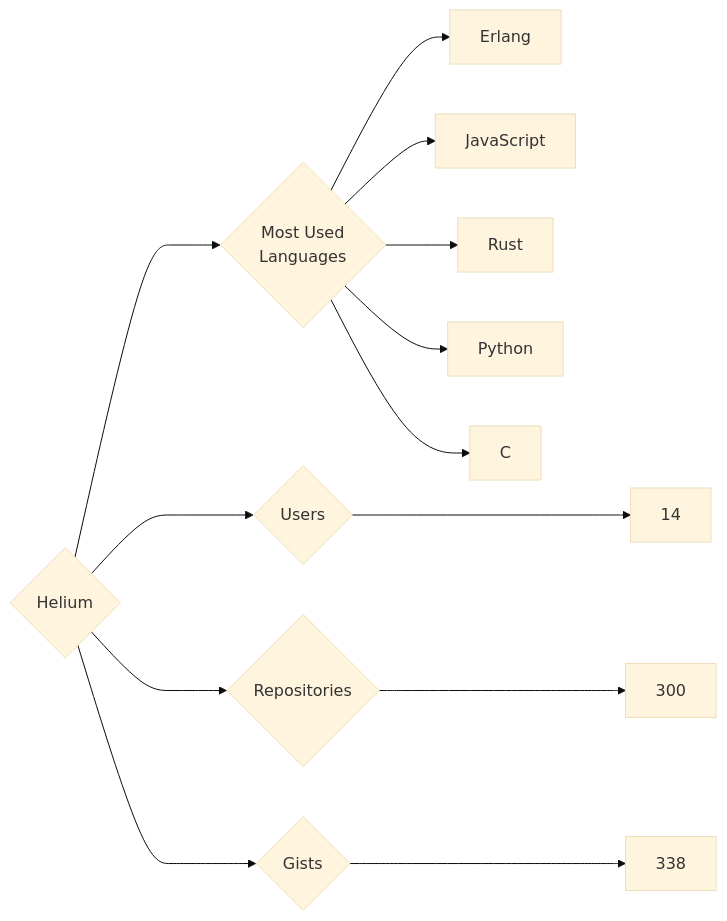
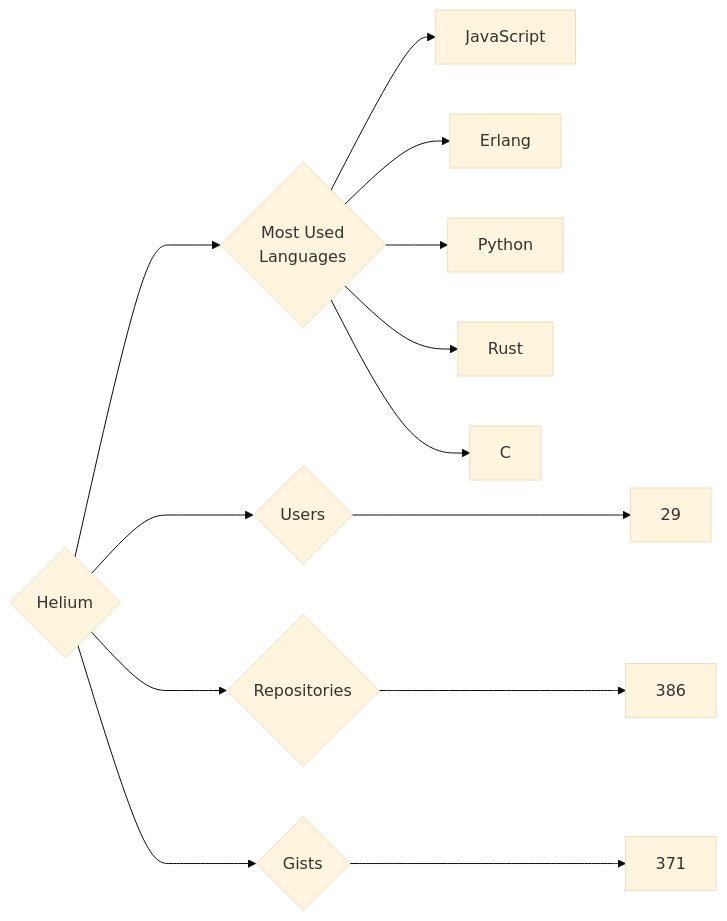
Before and after one commit to trickest/insiders: the diagram in targets/Helium/README.md, drawn with Mermaid (base theme). The commit also changed 925 other files, not shown here.

````diff
--- a/targets/Helium/README.md
+++ b/targets/Helium/README.md
@@ -3,13 +3,13 @@
 ```mermaid
 graph LR
 COMPANY_NAME{Helium}
-COMPANY_NAME ---> U{Users} ---> UN[14]
-COMPANY_NAME ---> R{Repositories} ---> RN[300]
-COMPANY_NAME ---> G{Gists} ---> GN[338]
+COMPANY_NAME ---> U{Users} ---> UN[29]
+COMPANY_NAME ---> R{Repositories} ---> RN[386]
+COMPANY_NAME ---> G{Gists} ---> GN[371]
 COMPANY_NAME ---> ML{Most Used<br>Languages}
+ML --> JavaScript[JavaScript]
 ML --> Erlang[Erlang]
-ML --> JavaScript[JavaScript]
+ML --> Python[Python]
 ML --> Rust[Rust]
-ML --> Python[Python]
 ML --> C[C]
 ```
````
